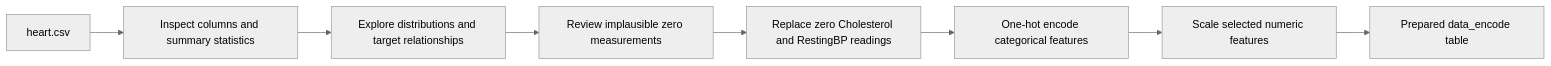
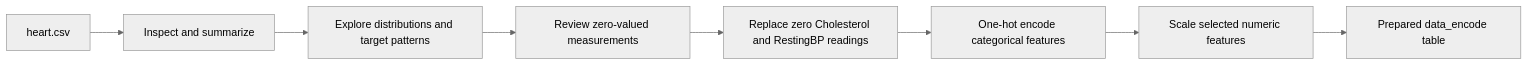
The diagram in README.md (AnmolMittal115/heart-disease-exploratory-data-analysis), drawn with Mermaid (neutral theme) before and after one commit. The commit also changed other lines of this file, not shown here.

````diff
--- a/README.md
+++ b/README.md
@@ -34,10 +34,10 @@
-```mermaid
+~~~mermaid
 flowchart LR
-    A[heart.csv] --> B[Inspect columns and summary statistics]
-    B --> C[Explore distributions and target relationships]
-    C --> D[Review implausible zero measurements]
+    A[heart.csv] --> B[Inspect and summarize]
+    B --> C[Explore distributions and target patterns]
+    C --> D[Review zero-valued measurements]
     D --> E[Replace zero Cholesterol and RestingBP readings]
     E --> F[One-hot encode categorical features]
     F --> G[Scale selected numeric features]
     G --> H[Prepared data_encode table]
-```
+~~~
````
